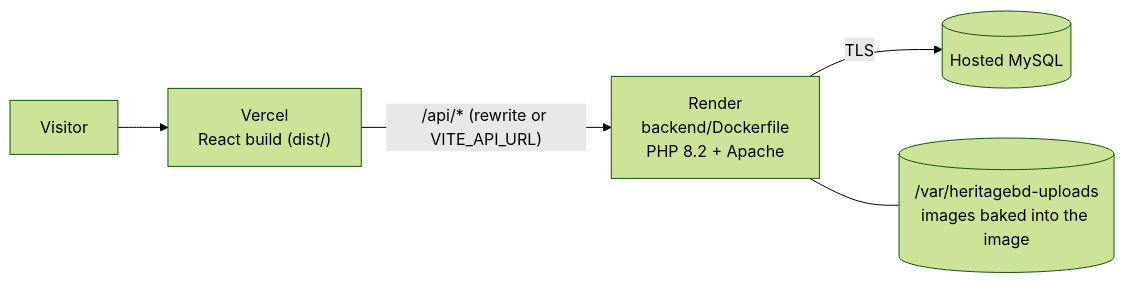
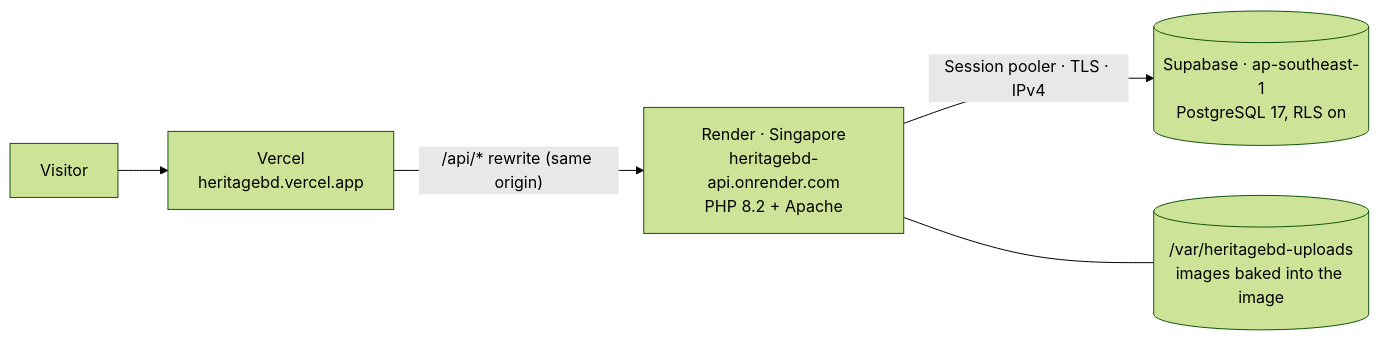
One commit to Monika-Akter47/heritagebd changed the diagram in docs/deploy-vercel.md. Above: the diagram before and after it, drawn with Mermaid (forest theme). The commit also changed other lines of this file and 33 other files, not shown here.

````diff
--- a/docs/deploy-vercel.md
+++ b/docs/deploy-vercel.md
@@ -7,7 +9,7 @@
 ```mermaid
 flowchart LR
-    U[Visitor] --> V["Vercel<br/>React build (dist/)"]
-    V -- "/api/* (rewrite or VITE_API_URL)" --> R["Render<br/>backend/Dockerfile<br/>PHP 8.2 + Apache"]
-    R -- "TLS" --> DB[("Hosted MySQL")]
+    U[Visitor] --> V["Vercel<br/>heritagebd.vercel.app"]
+    V -- "/api/* rewrite (same origin)" --> R["Render · Singapore<br/>heritagebd-api.onrender.com<br/>PHP 8.2 + Apache"]
+    R -- "Session pooler · TLS · IPv4" --> S[("Supabase · ap-southeast-1<br/>PostgreSQL 17, RLS on")]
     R --- IMG[("/var/heritagebd-uploads<br/>images baked into the image")]
 ```
````
